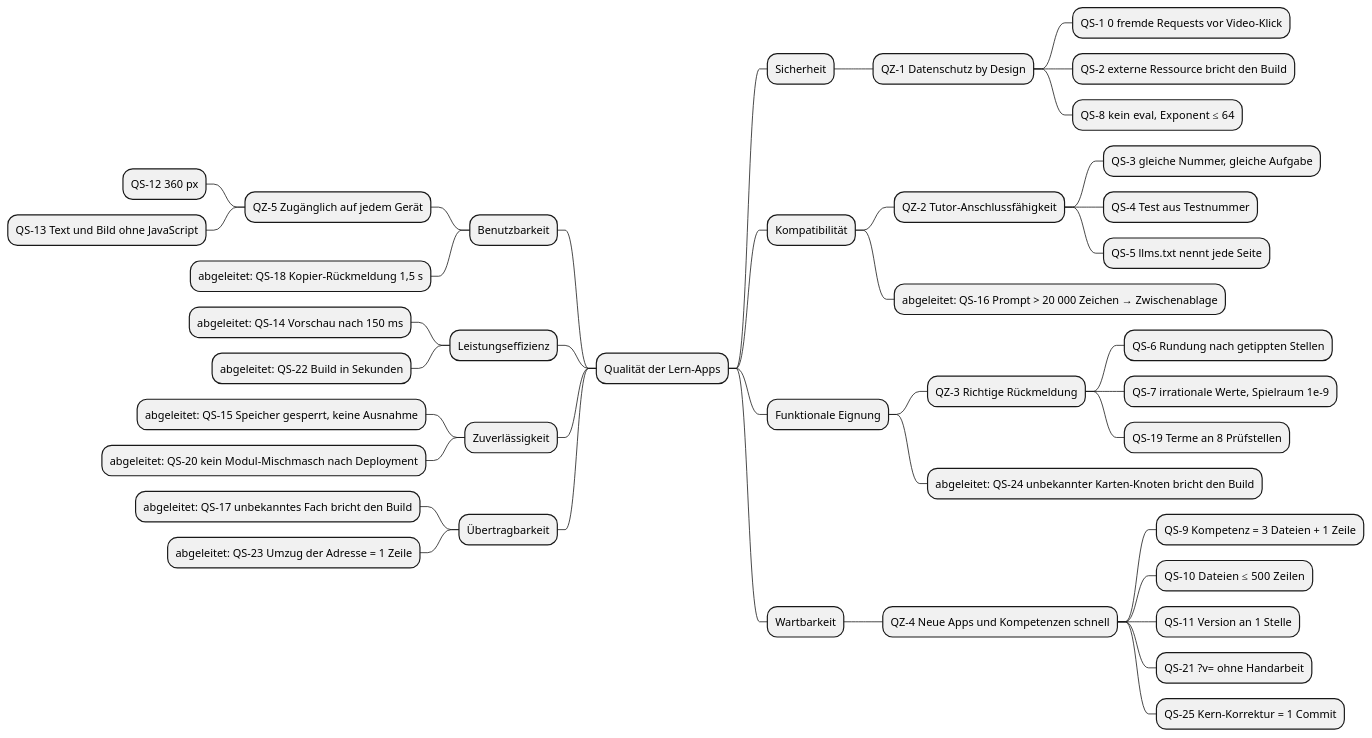
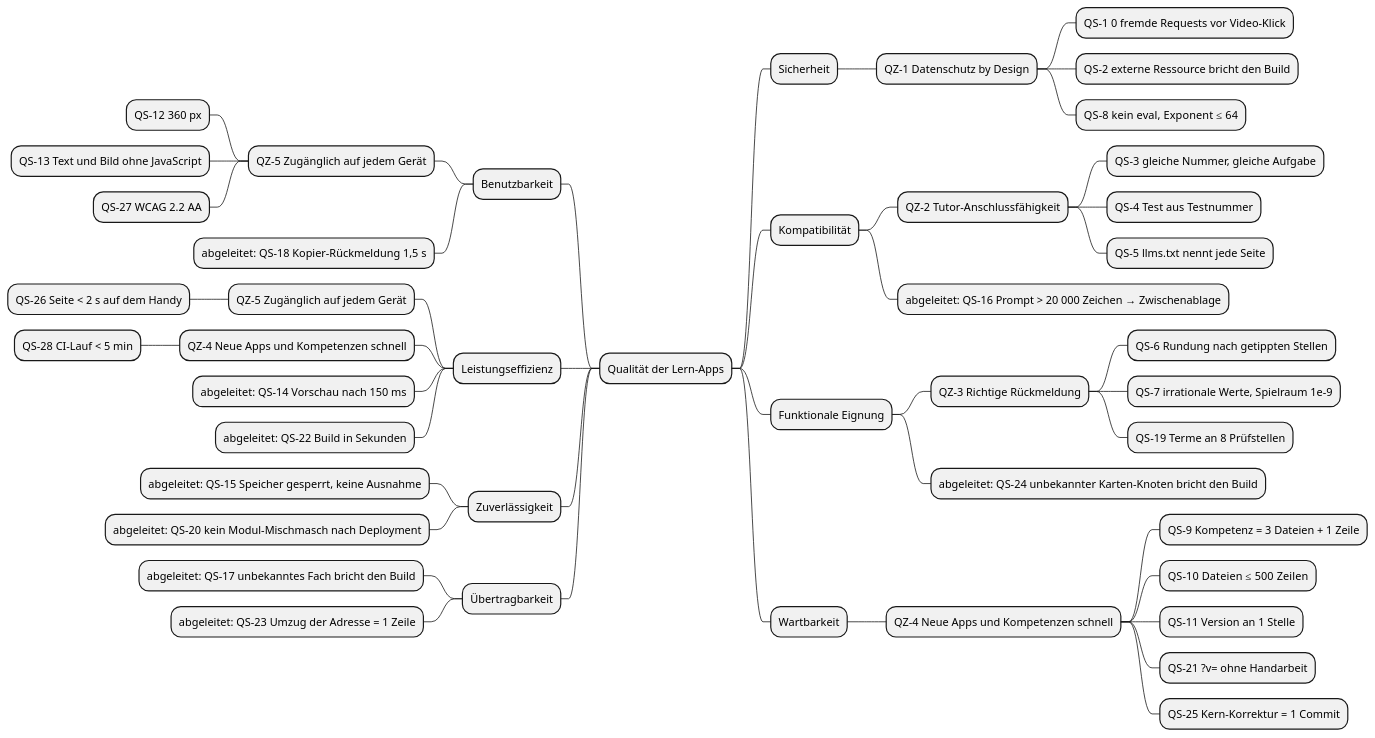
Before and after one commit to lernapps/lernapps.github.io: the diagram in src/docs/arc42/chapters/10_quality_requirements.adoc, drawn with PlantUML. The commit also changed other lines of this file and 6 other files, not shown here.

```diff
--- a/src/docs/arc42/chapters/10_quality_requirements.adoc
+++ b/src/docs/arc42/chapters/10_quality_requirements.adoc
@@ -23,45 +24,50 @@
 [plantuml, target=qualitaetsbaum, format=svg]
 ....
 @startmindmap
 * Qualität der Lern-Apps
 ** Sicherheit
 *** QZ-1 Datenschutz by Design
 **** QS-1 0 fremde Requests vor Video-Klick
 **** QS-2 externe Ressource bricht den Build
 **** QS-8 kein eval, Exponent ≤ 64
 ** Kompatibilität
 *** QZ-2 Tutor-Anschlussfähigkeit
 **** QS-3 gleiche Nummer, gleiche Aufgabe
 **** QS-4 Test aus Testnummer
 **** QS-5 llms.txt nennt jede Seite
 *** abgeleitet: QS-16 Prompt > 20 000 Zeichen → Zwischenablage
 ** Funktionale Eignung
 *** QZ-3 Richtige Rückmeldung
 **** QS-6 Rundung nach getippten Stellen
 **** QS-7 irrationale Werte, Spielraum 1e-9
 **** QS-19 Terme an 8 Prüfstellen
 *** abgeleitet: QS-24 unbekannter Karten-Knoten bricht den Build
 ** Wartbarkeit
 *** QZ-4 Neue Apps und Kompetenzen schnell
 **** QS-9 Kompetenz = 3 Dateien + 1 Zeile
 **** QS-10 Dateien ≤ 500 Zeilen
 **** QS-11 Version an 1 Stelle
 **** QS-21 ?v= ohne Handarbeit
 **** QS-25 Kern-Korrektur = 1 Commit
 left side
 ** Benutzbarkeit
 *** QZ-5 Zugänglich auf jedem Gerät
 **** QS-12 360 px
 **** QS-13 Text und Bild ohne JavaScript
+**** QS-27 WCAG 2.2 AA
 *** abgeleitet: QS-18 Kopier-Rückmeldung 1,5 s
 ** Leistungseffizienz
+*** QZ-5 Zugänglich auf jedem Gerät
+**** QS-26 Seite < 2 s auf dem Handy
+*** QZ-4 Neue Apps und Kompetenzen schnell
+**** QS-28 CI-Lauf < 5 min
 *** abgeleitet: QS-14 Vorschau nach 150 ms
 *** abgeleitet: QS-22 Build in Sekunden
 ** Zuverlässigkeit
 *** abgeleitet: QS-15 Speicher gesperrt, keine Ausnahme
 *** abgeleitet: QS-20 kein Modul-Mischmasch nach Deployment
 ** Übertragbarkeit
 *** abgeleitet: QS-17 unbekanntes Fach bricht den Build
 *** abgeleitet: QS-23 Umzug der Adresse = 1 Zeile
 @endmindmap
 ....
```
